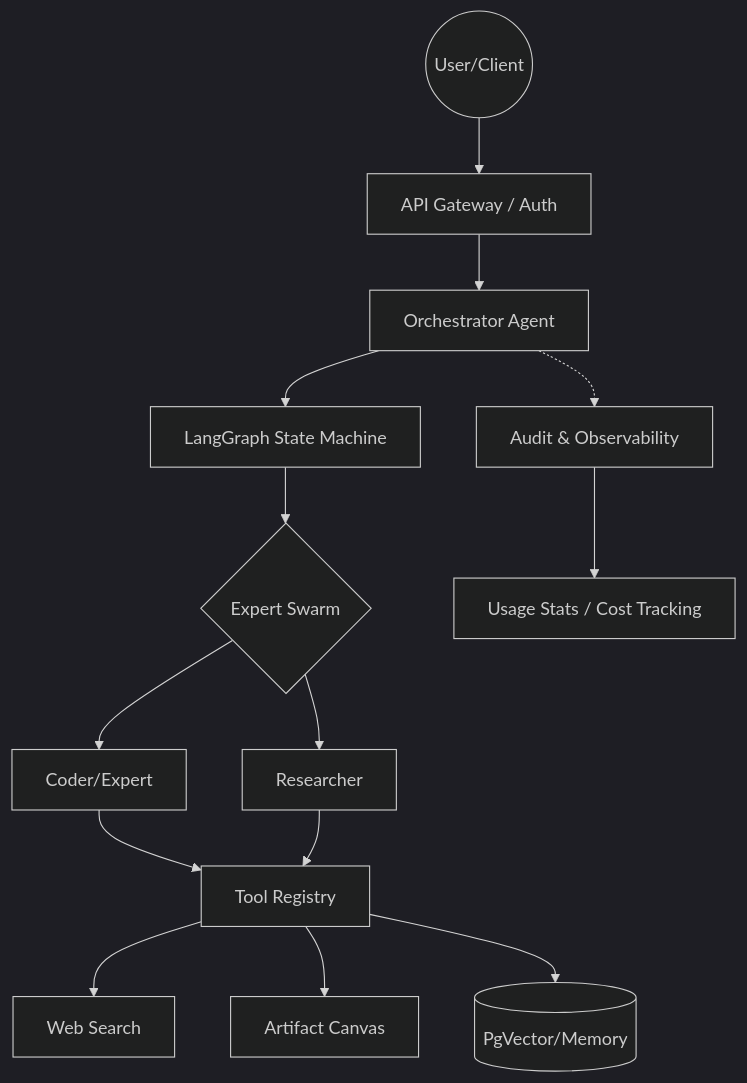
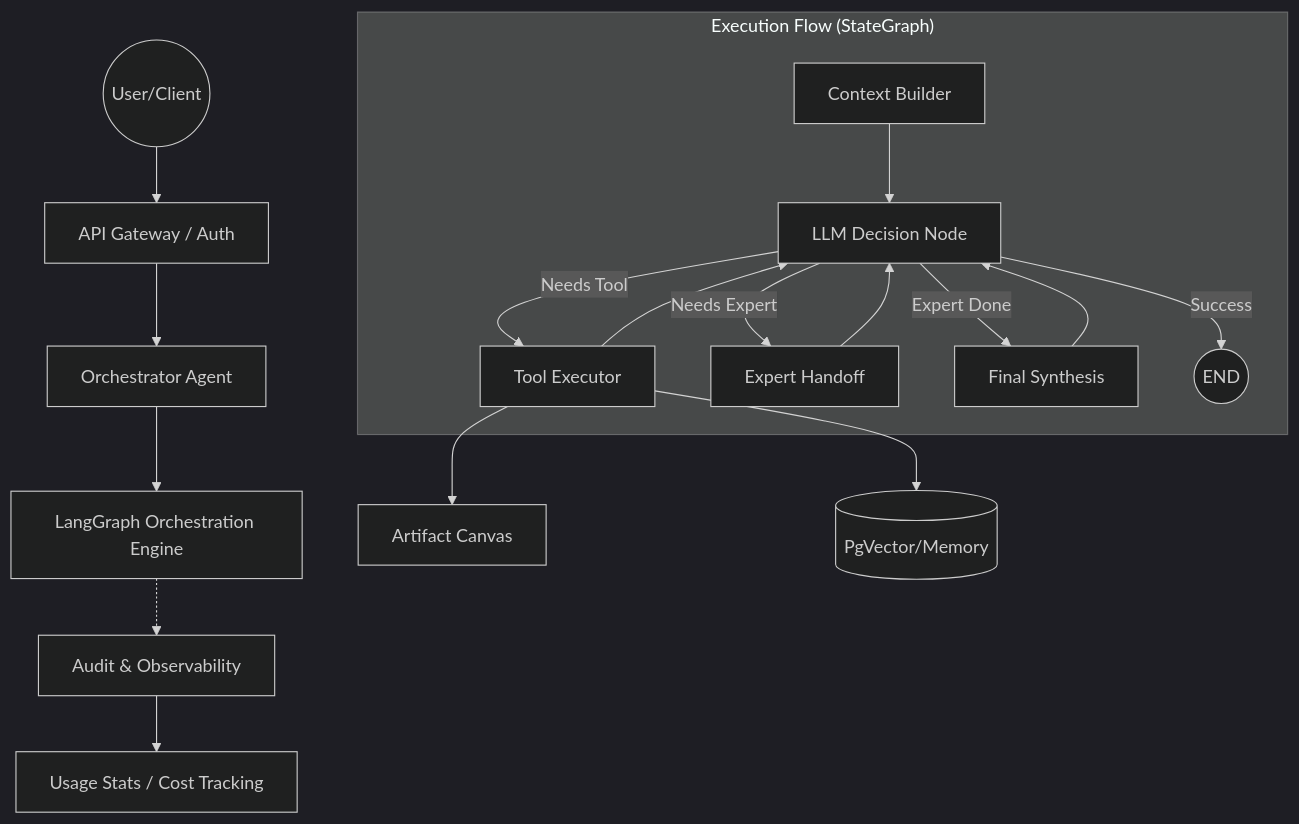
One commit to Koriginal/uniai-kernel changed the diagram in README.md. Above: the diagram before and after it, drawn with Mermaid (dark theme). The commit also changed other lines of this file and 19 other files, not shown here.

Commit message:
feat: implement LangGraph-based agent orchestration engine and graph trace UI

````diff
--- a/README.md
+++ b/README.md
@@ -15,17 +15,23 @@
 ```mermaid
 graph TD
     User((User/Client)) --> Gateway[API Gateway / Auth]
     Gateway --> Orchestrator[Orchestrator Agent]
-    Orchestrator --> State[LangGraph State Machine]
-    State --> Experts{Expert Swarm}
-    Experts --> ExpertA[Coder/Expert]
-    Experts --> ExpertB[Researcher]
-    ExpertA --> Tools[Tool Registry]
-    ExpertB --> Tools
-    Tools --> Web[Web Search]
+    Orchestrator --> Graph[LangGraph Orchestration Engine]
+    
+    subgraph "Execution Flow (StateGraph)"
+        Context[Context Builder] --> Agent[LLM Decision Node]
+        Agent -- Needs Tool --> Tools[Tool Executor]
+        Agent -- Needs Expert --> Handoff[Expert Handoff]
+        Agent -- Expert Done --> Synthesize[Final Synthesis]
+        Tools --> Agent
+        Handoff --> Agent
+        Synthesize --> Agent
+        Agent -- Success --> END((END))
+    end
+    
     Tools --> Canvas[Artifact Canvas]
     Tools --> DB[(PgVector/Memory)]
     
-    Orchestrator -.-> Audit[Audit & Observability]
+    Graph -.-> Audit[Audit & Observability]
     Audit --> Monitor[Usage Stats / Cost Tracking]
 ```
````
